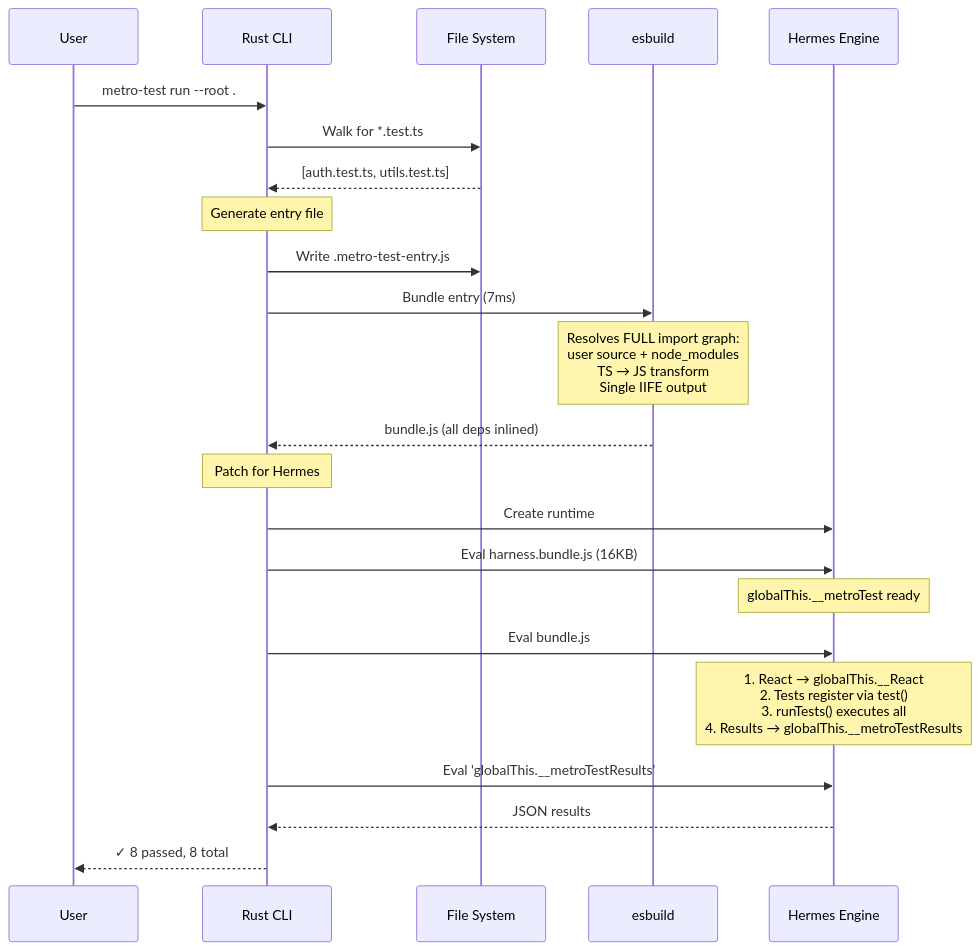
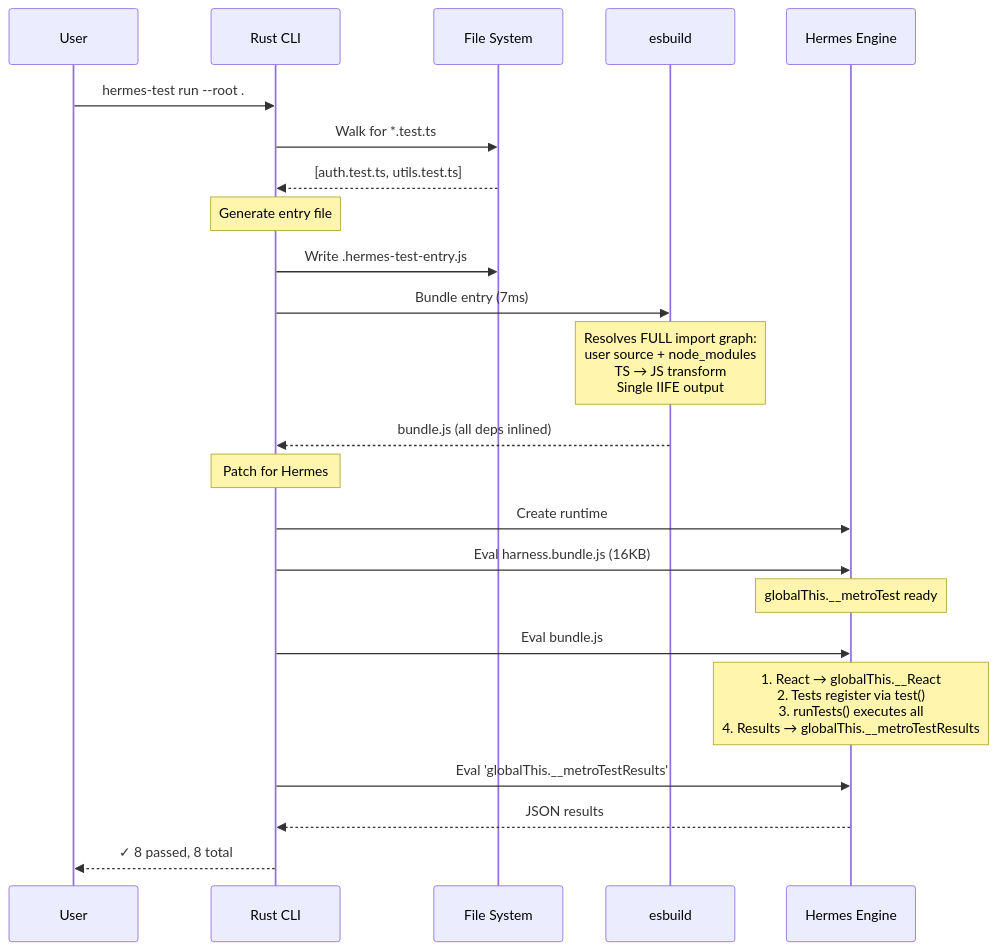
One commit to marcuzgabriel/hermes-test changed the second of 3 diagrams in docs/architecture.md. Above: the diagram before and after it, drawn with Mermaid. The commit also changed other lines of this file and 11 other files, not shown here.

First line of the commit message:
Publish to GitHub Packages, rename metro-test refs, fix idempotent release

````diff
--- a/docs/architecture.md
+++ b/docs/architecture.md
@@ -101,37 +101,37 @@
 ```mermaid
 sequenceDiagram
     participant User as User
     participant CLI as Rust CLI
     participant FS as File System
     participant ESB as esbuild
     participant Hermes as Hermes Engine
 
-    User->>CLI: metro-test run --root .
+    User->>CLI: hermes-test run --root .
     CLI->>FS: Walk for *.test.ts
     FS-->>CLI: [auth.test.ts, utils.test.ts]
 
     Note over CLI: Generate entry file
 
-    CLI->>FS: Write .metro-test-entry.js
+    CLI->>FS: Write .hermes-test-entry.js
     CLI->>ESB: Bundle entry (7ms)
 
     Note over ESB: Resolves FULL import graph:<br/>user source + node_modules<br/>TS → JS transform<br/>Single IIFE output
 
     ESB-->>CLI: bundle.js (all deps inlined)
 
     Note over CLI: Patch for Hermes
 
     CLI->>Hermes: Create runtime
     CLI->>Hermes: Eval harness.bundle.js (16KB)
 
     Note over Hermes: globalThis.__metroTest ready
 
     CLI->>Hermes: Eval bundle.js
 
     Note over Hermes: 1. React → globalThis.__React<br/>2. Tests register via test()<br/>3. runTests() executes all<br/>4. Results → globalThis.__metroTestResults
 
     CLI->>Hermes: Eval 'globalThis.__metroTestResults'
     Hermes-->>CLI: JSON results
 
     CLI-->>User: ✓ 8 passed, 8 total
 ```
````
